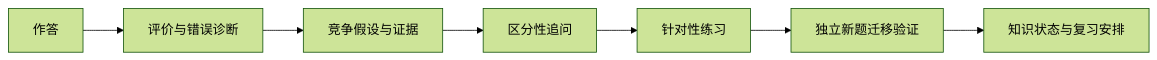
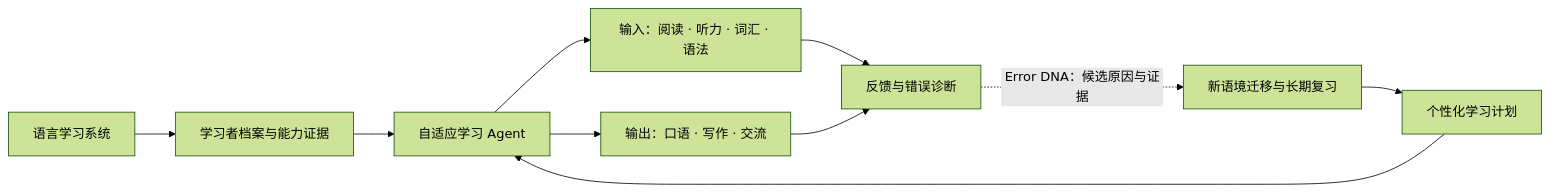
The first of 2 diagrams in README.md (KaoruMiyagawa/UnlearnLoop), drawn with Mermaid (forest theme) before and after one commit. The commit also changed other lines of this file, not shown here.

````diff
--- a/README.md
+++ b/README.md
@@ -24,9 +19,12 @@
 ```mermaid
 flowchart LR
-    A[作答] --> B[评价与错误诊断]
-    B --> C[竞争假设与证据]
-    C --> D[区分性追问]
-    D --> E[针对性练习]
-    E --> F[独立新题迁移验证]
-    F --> G[知识状态与复习安排]
+    L[语言学习系统] --> P[学习者档案与能力证据]
+    P --> A[自适应学习 Agent]
+    A --> I[输入：阅读 · 听力 · 词汇 · 语法]
+    A --> O[输出：口语 · 写作 · 交流]
+    I --> F[反馈与错误诊断]
+    O --> F
+    F -. Error DNA：候选原因与证据 .-> T[新语境迁移与长期复习]
+    T --> N[个性化学习计划]
+    N --> A
 ```
````
